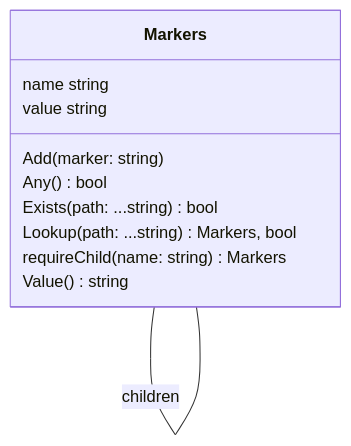
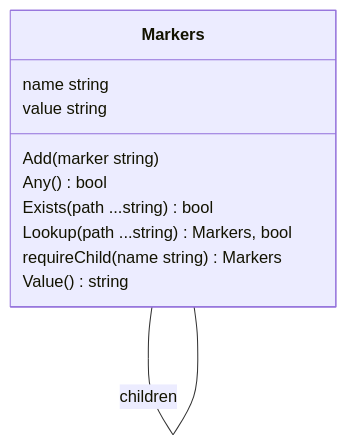
Before and after one commit to theunrepentantgeek/crddoc: the fifth of 17 diagrams in docs/model/model.md, drawn with Mermaid. The commit also changed other lines of this file, not shown here.

````diff
--- a/docs/model/model.md
+++ b/docs/model/model.md
@@ -236,29 +236,29 @@
 ```mermaid
 ---
   config:
     class:
       hideEmptyMembersBox: true
 ---
 classDiagram
 
 class Markers["Markers"]{  
       name string  
       value string  
-      Add(marker: string)  
+      Add(marker string)  
       Any()bool  
-      Exists(path: ...string)bool  
-      Lookup(path: ...string)Markers, bool  
-      requireChild(name: string)Markers  
+      Exists(path ...string)bool  
+      Lookup(path ...string)Markers, bool  
+      requireChild(name string)Markers  
       Value()string
 
 
 } 
 
 Markers -- Markers : children 
 
 Markers -- Markers : children 
 
 class Markers["Markers"]
 class Markers["Markers"]
 
 ```
````
